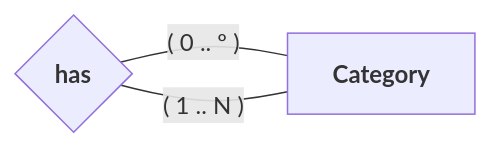
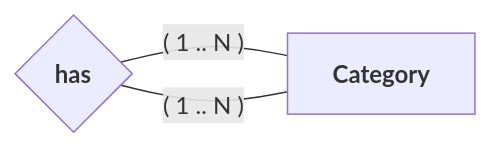
Before and after one commit to angelromarco04/MyNotes: the sixth of 6 diagrams in Programming/Databases/data/Theory/RModel.md, drawn with Mermaid. The commit also changed other lines of this file, not shown here.

````diff
--- a/Programming/Databases/data/Theory/RModel.md
+++ b/Programming/Databases/data/Theory/RModel.md
@@ -117,8 +130,8 @@
 ```mermaid
 flowchart LR
-	id2 -- ( 0 .. º ) --- id1
+	id2 -- ( 1 .. N ) --- id1
 	id2 -- ( 1 .. N ) --- id1
 
 	id1["`**Category**`"]
 	id2{"`**has**`"}
 ```
````
